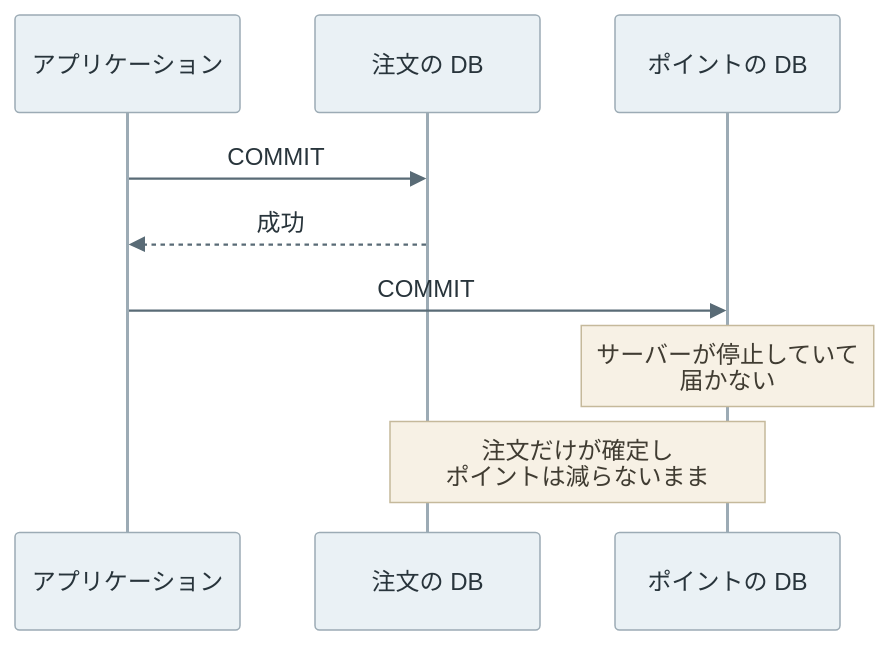
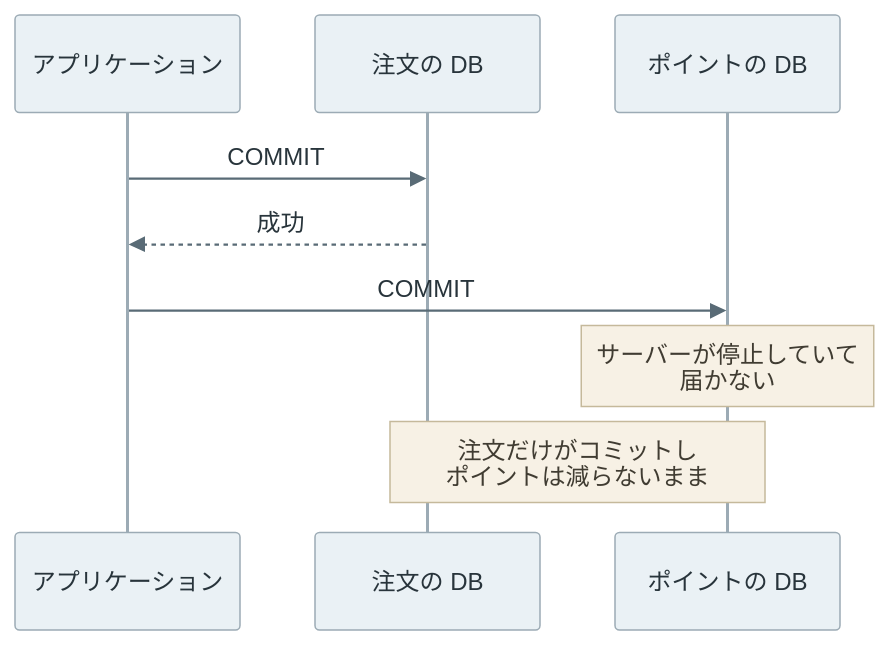
Before and after one commit to nao1215/debimate: the first of 6 diagrams in content/notes/distributed-systems/two-phase-commit/index.md, drawn with Mermaid. The commit also changed other lines of this file and 27 other files, not shown here.

````diff
--- a/content/notes/distributed-systems/two-phase-commit/index.md
+++ b/content/notes/distributed-systems/two-phase-commit/index.md
@@ -47,12 +47,12 @@
 ```mermaid
 %%{init: {"theme":"base","themeVariables":{"primaryColor":"#eaf1f5","primaryTextColor":"#28343b","primaryBorderColor":"#9cabb5","lineColor":"#596b76","textColor":"#28343b","actorBkg":"#eaf1f5","actorBorder":"#9cabb5","actorTextColor":"#28343b","actorLineColor":"#9cabb5","signalColor":"#596b76","signalTextColor":"#28343b","noteBkgColor":"#f7f1e5","noteBorderColor":"#c5b99b","noteTextColor":"#403c32","activationBkgColor":"#edf3ef","activationBorderColor":"#9aafa1"}}}%%
 sequenceDiagram
     participant A as アプリケーション
     participant D1 as 注文の DB
     participant D2 as ポイントの DB
     A->>D1: COMMIT
     D1-->>A: 成功
     A->>D2: COMMIT
     Note over D2: サーバーが停止していて<br/>届かない
-    Note over D1,D2: 注文だけが確定し<br/>ポイントは減らないまま
+    Note over D1,D2: 注文だけがコミットし<br/>ポイントは減らないまま
 ```
````
